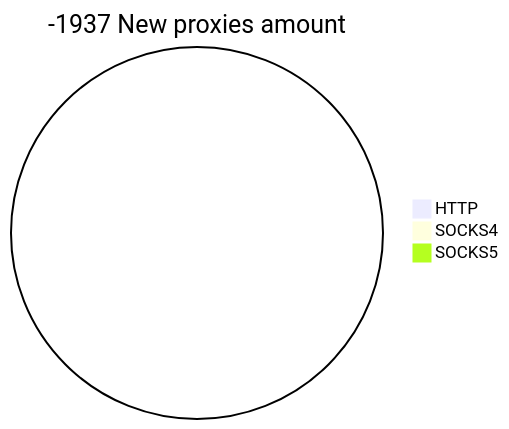
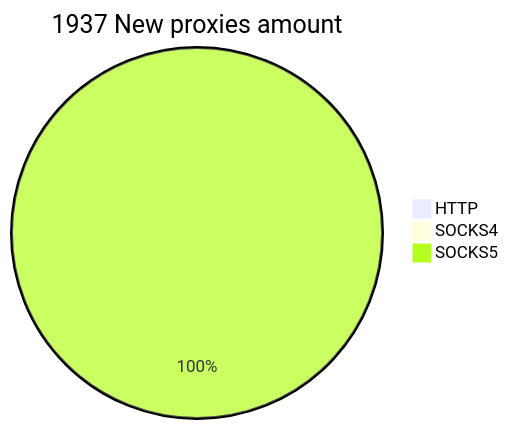
The second of 2 diagrams in README.md (cutipu/proxylist), drawn with Mermaid before and after one commit. The commit also changed other lines of this file, not shown here.

````diff
--- a/README.md
+++ b/README.md
@@ -10,6 +10,6 @@
 ```mermaid
-pie title -1937 New proxies amount
+pie title 1937 New proxies amount
     "HTTP" : 0
     "SOCKS4" : 0
-    "SOCKS5" : 0
+    "SOCKS5" : 1937
 ```
````
